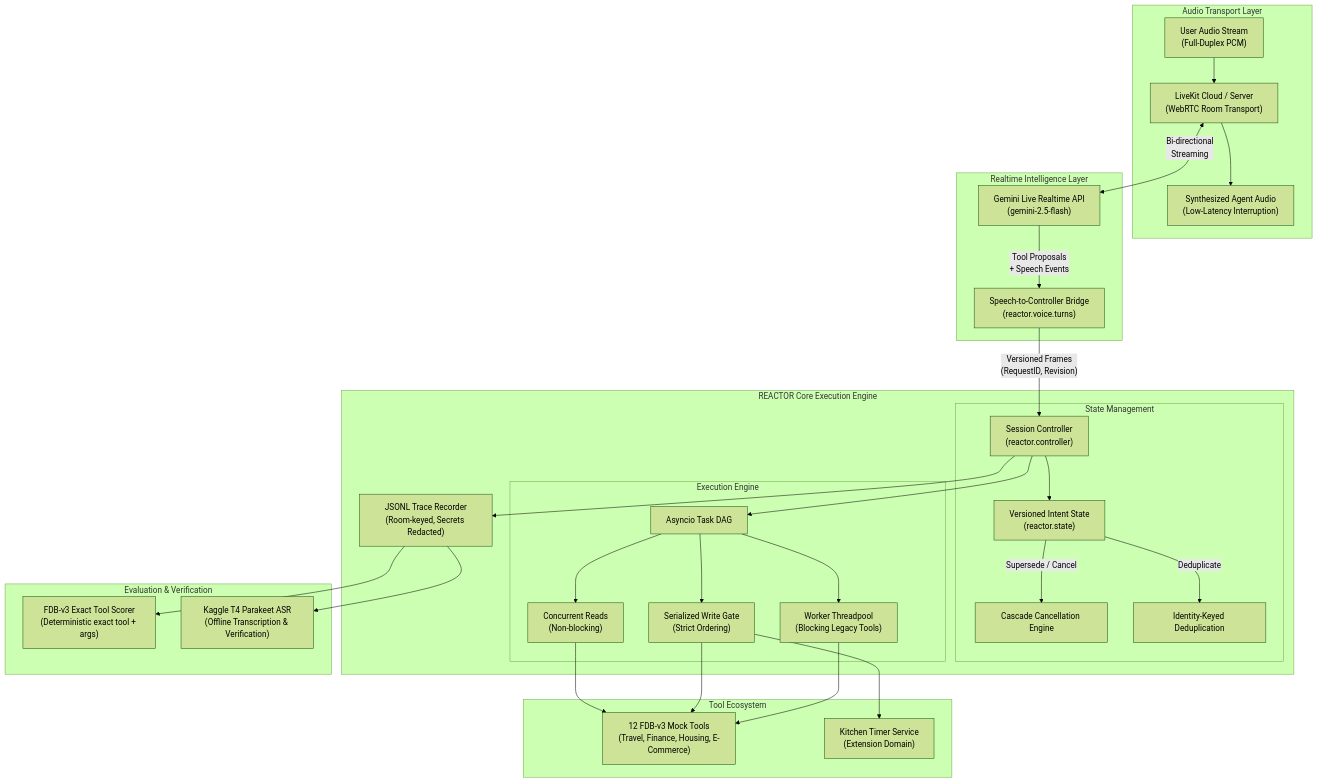
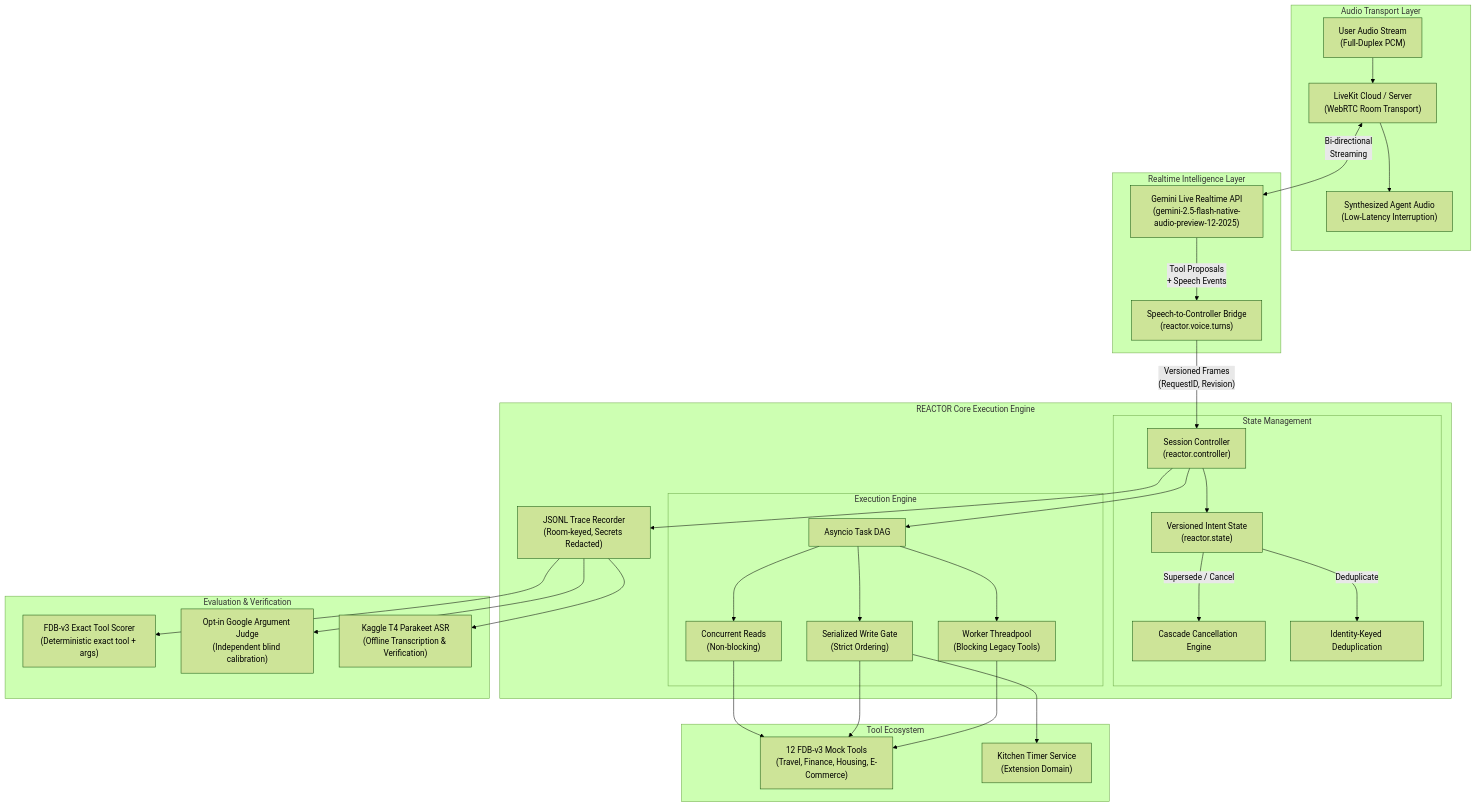
One commit to 0xkhush/REACTOR changed the diagram in README.md. Above: the diagram before and after it, drawn with Mermaid (forest theme). The commit also changed other lines of this file, not shown here.

````diff
--- a/README.md
+++ b/README.md
@@ -95,43 +114,44 @@
 ```mermaid
 flowchart TD
     subgraph Audio ["Audio Transport Layer"]
         MIC["User Audio Stream\n(Full-Duplex PCM)"] --> LK["LiveKit Cloud / Server\n(WebRTC Room Transport)"]
         LK --> SPK["Synthesized Agent Audio\n(Low-Latency Interruption)"]
     end
 
     subgraph Intelligence ["Realtime Intelligence Layer"]
-        LK <-->|"Bi-directional\nStreaming"| GEM["Gemini Live Realtime API\n(gemini-2.5-flash)"]
+        LK <-->|"Bi-directional\nStreaming"| GEM["Gemini Live Realtime API\n(gemini-2.5-flash-native-audio-preview-12-2025)"]
         GEM -->|"Tool Proposals\n+ Speech Events"| BRIDGE["Speech-to-Controller Bridge\n(reactor.voice.turns)"]
     end
 
     subgraph Core ["REACTOR Core Execution Engine"]
         BRIDGE -->|"Versioned Frames\n(RequestID, Revision)"| CTRL["Session Controller\n(reactor.controller)"]
 
         subgraph StateManagement ["State Management"]
             CTRL --> STATE["Versioned Intent State\n(reactor.state)"]
             STATE -->|"Supersede / Cancel"| CANCEL["Cascade Cancellation Engine"]
             STATE -->|"Deduplicate"| DEDUP["Identity-Keyed Deduplication"]
         end
 
         subgraph ExecutionEngine ["Execution Engine"]
             CTRL --> DAG["Asyncio Task DAG"]
             DAG --> READS["Concurrent Reads\n(Non-blocking)"]
             DAG --> WRITES["Serialized Write Gate\n(Strict Ordering)"]
             DAG --> THREADS["Worker Threadpool\n(Blocking Legacy Tools)"]
         end
 
         CTRL --> TRACE["JSONL Trace Recorder\n(Room-keyed, Secrets Redacted)"]
     end
 
     subgraph ToolEcosystem ["Tool Ecosystem"]
         READS --> FDB["12 FDB-v3 Mock Tools\n(Travel, Finance, Housing, E-Commerce)"]
         WRITES --> FDB
         THREADS --> FDB
         WRITES --> TIMERS["Kitchen Timer Service\n(Extension Domain)"]
     end
 
     subgraph Evaluation ["Evaluation & Verification"]
         TRACE --> EXACT["FDB-v3 Exact Tool Scorer\n(Deterministic exact tool + args)"]
+        TRACE --> GOOGLE["Opt-in Google Argument Judge\n(Independent blind calibration)"]
         TRACE --> KAGGLE["Kaggle T4 Parakeet ASR\n(Offline Transcription & Verification)"]
     end
 ```
````
